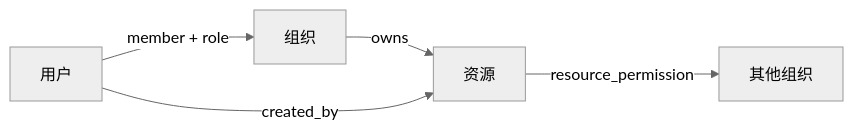
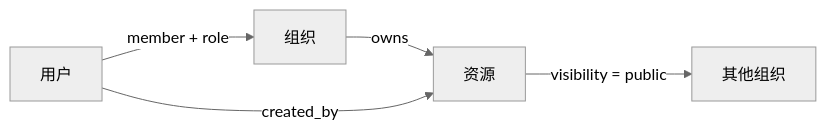
The first of 2 diagrams in docs/arch/14-user-org.md (HuangPuStar/FenixAgent), drawn with Mermaid (neutral theme) before and after one commit. The commit also changed other lines of this file and 465 other files, not shown here.

````diff
--- a/docs/arch/14-user-org.md
+++ b/docs/arch/14-user-org.md
@@ -15,7 +15,7 @@
 ```mermaid
 flowchart LR
     U["用户"] -->|"member + role"| O["组织"]
     O -->|"owns"| R["资源"]
     U -->|"created_by"| R
-    R -->|"resource_permission"| O2["其他组织"]
+    R -->|"visibility = public"| O2["其他组织"]
 ```
````
